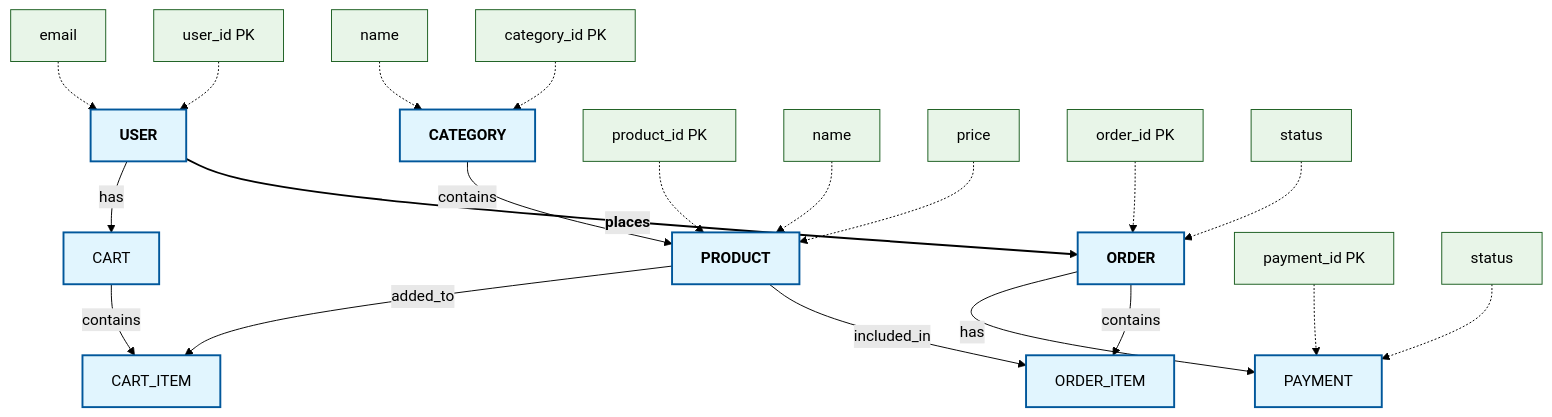
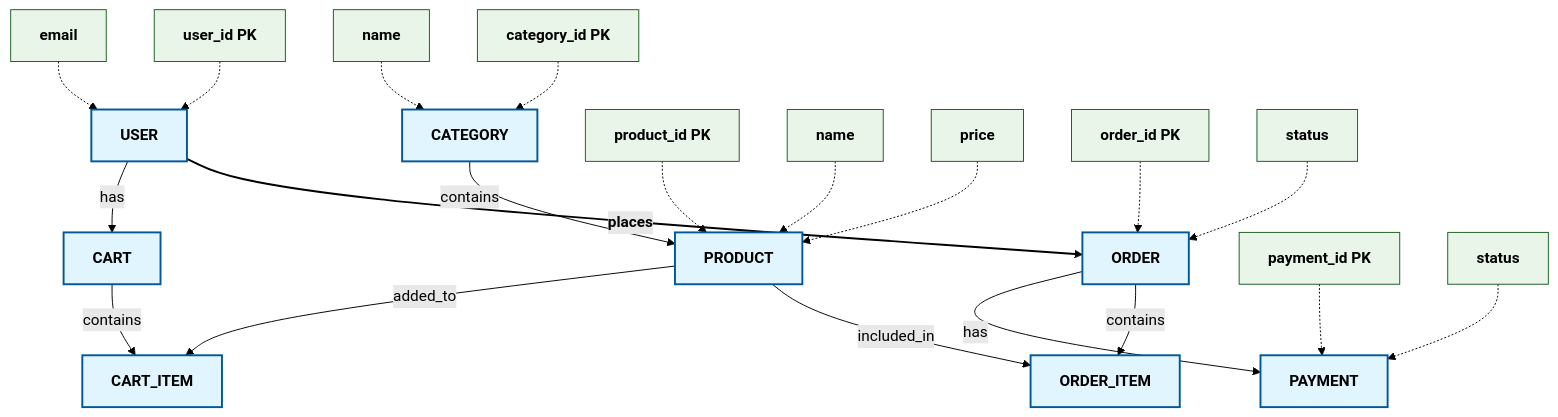
Before and after one commit to Vlad-b-g-Coder/BD1: the diagram in README.md, drawn with Mermaid (forest theme).

````diff
--- a/README.md
+++ b/README.md
@@ -3,51 +3,53 @@
 ```mermaid
 flowchart TD
     %% Сущности
     USER[USER]
     CATEGORY[CATEGORY]
     PRODUCT[PRODUCT]
     CART[CART]
     ORDER[ORDER]
     PAYMENT[PAYMENT]
     CART_ITEM[CART_ITEM]
     ORDER_ITEM[ORDER_ITEM]
     
     %% Связи
     USER -->|places| ORDER
     USER -->|has| CART
     CATEGORY -->|contains| PRODUCT
     CART -->|contains| CART_ITEM
     ORDER -->|contains| ORDER_ITEM
     PRODUCT -->|included_in| ORDER_ITEM
     ORDER -->|has| PAYMENT
     PRODUCT -->|added_to| CART_ITEM
     
     %% Основные атрибуты
     USER_ID[user_id PK] -.-> USER
     USER_EMAIL[email] -.-> USER
     
     CATEGORY_ID[category_id PK] -.-> CATEGORY
     CATEGORY_NAME[name] -.-> CATEGORY
     
     PRODUCT_ID[product_id PK] -.-> PRODUCT
     PRODUCT_NAME[name] -.-> PRODUCT
     PRODUCT_PRICE[price] -.-> PRODUCT
     
     ORDER_ID[order_id PK] -.-> ORDER
     ORDER_STATUS[status] -.-> ORDER
     
     PAYMENT_ID[payment_id PK] -.-> PAYMENT
     PAYMENT_STATUS[status] -.-> PAYMENT
     
     %% Стили
+    classDef allBlack color:#000000,font-weight:bold,stroke:#000000
+    class USER,CATEGORY,PRODUCT,CART,ORDER,PAYMENT,CART_ITEM,ORDER_ITEM,USER_ID,USER_EMAIL,CATEGORY_ID,CATEGORY_NAME,PRODUCT_ID,PRODUCT_NAME,PRODUCT_PRICE,ORDER_ID,ORDER_STATUS,PAYMENT_ID,PAYMENT_STATUS allBlack
     classDef blackText fill:#e1f5fe,stroke:#01579b,color:#000000,font-weight:bold
     classDef blackArrow color:#000000,font-weight:bold
     class USER,CATEGORY,PRODUCT,ORDER blackText
     linkStyle 0 stroke:#000000,stroke-width:2px,color:#000000,font-weight:bold
     classDef entity fill:#e1f5fe,stroke:#01579b,stroke-width:2px
     classDef relationship fill:#f3e5f5,stroke:#4a148c,stroke-width:1px
     classDef attribute fill:#e8f5e8,stroke:#1b5e20,stroke-width:1px
     
     class USER,CATEGORY,PRODUCT,CART,ORDER,PAYMENT,CART_ITEM,ORDER_ITEM entity
     class USER_ID,USER_EMAIL,CATEGORY_ID,CATEGORY_NAME,PRODUCT_ID,PRODUCT_NAME,PRODUCT_PRICE,ORDER_ID,ORDER_STATUS,PAYMENT_ID,PAYMENT_STATUS attribute
 ```
````
